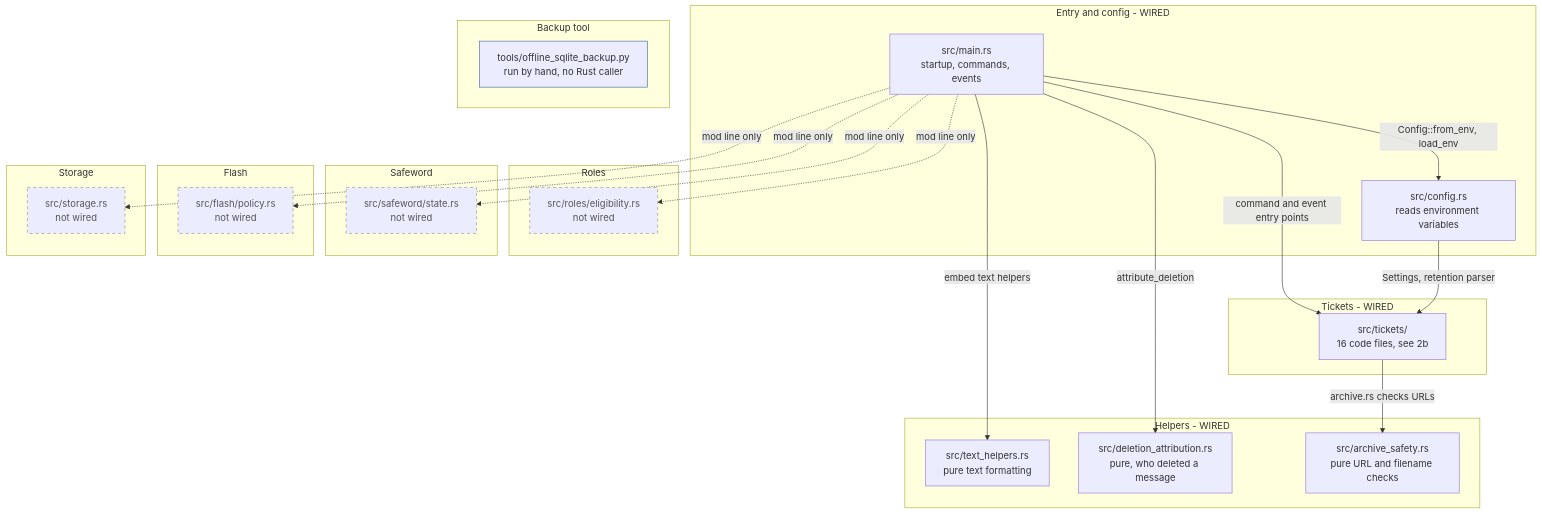
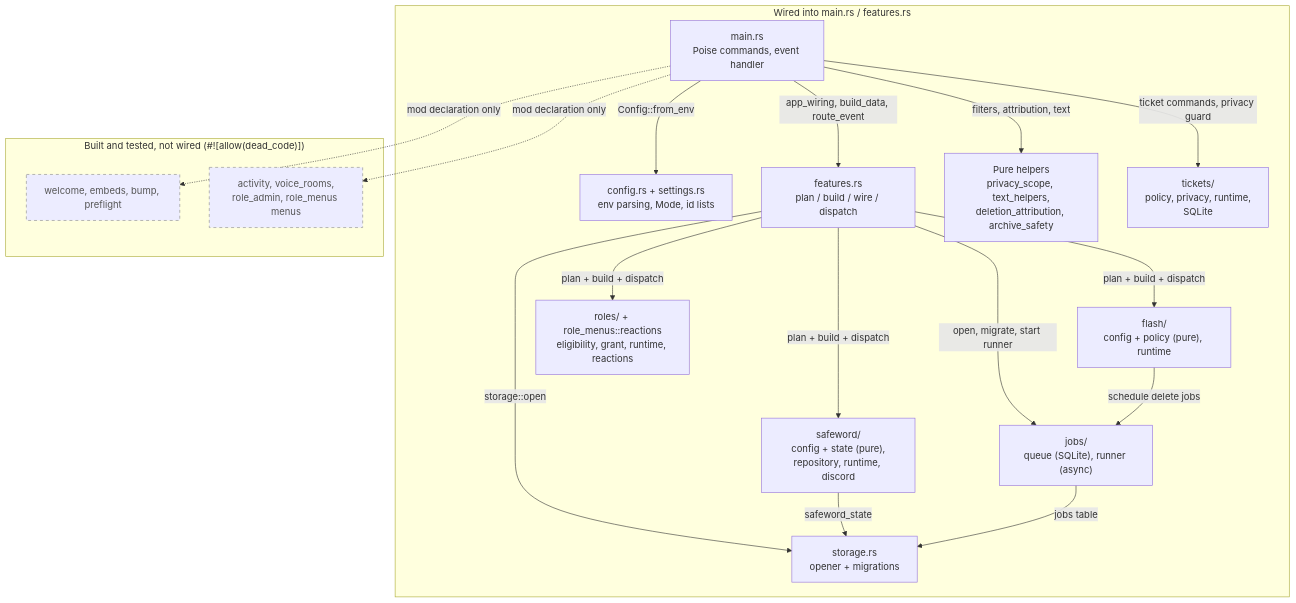
The first of 6 diagrams in docs/architecture.md (Kenoptic-Anosectia/Discord-Moderation-Hub), drawn with Mermaid before and after one commit. The commit also changed other lines of this file, not shown here.

First line of the commit message:
docs: refresh architecture.md with Mermaid diagrams that match main

````diff
--- a/docs/architecture.md
+++ b/docs/architecture.md
@@ -19,46 +48,37 @@
 ```mermaid
 flowchart TB
-  subgraph SG_MAIN["Entry and config - WIRED"]
-    main["src/main.rs<br/>startup, commands, events"]
-    config["src/config.rs<br/>reads environment variables"]
+  subgraph WIRED["Wired into main.rs / features.rs"]
+    main["main.rs<br/>Poise commands, event handler"]
+    cfg["config.rs + settings.rs<br/>env parsing, Mode, id lists"]
+    feat["features.rs<br/>plan / build / wire / dispatch"]
+    pure["Pure helpers<br/>privacy_scope, text_helpers,<br/>deletion_attribution, archive_safety"]
+    tick["tickets/<br/>policy, privacy, runtime,<br/>SQLite"]
+    flash["flash/<br/>config + policy (pure), runtime"]
+    sw["safeword/<br/>config + state (pure),<br/>repository, runtime, discord"]
+    roles["roles/ + role_menus::reactions<br/>eligibility, grant, runtime, reactions"]
+    jobs["jobs/<br/>queue (SQLite), runner (async)"]
+    store["storage.rs<br/>opener + migrations"]
   end
-  subgraph SG_TICKETS["Tickets - WIRED"]
-    tickets["src/tickets/<br/>16 code files, see 2b"]
-  end
-  subgraph SG_ROLES["Roles"]
-    elig["src/roles/eligibility.rs<br/>not wired"]
-  end
-  subgraph SG_SAFEWORD["Safeword"]
-    sw["src/safeword/state.rs<br/>not wired"]
-  end
-  subgraph SG_FLASH["Flash"]
-    flash["src/flash/policy.rs<br/>not wired"]
-  end
-  subgraph SG_STORAGE["Storage"]
-    storage["src/storage.rs<br/>not wired"]
-  end
-  subgraph SG_HELPERS["Helpers - WIRED"]
-    text["src/text_helpers.rs<br/>pure text formatting"]
-    del["src/deletion_attribution.rs<br/>pure, who deleted a message"]
-    safety["src/archive_safety.rs<br/>pure URL and filename checks"]
-  end
-  subgraph SG_BACKUP["Backup tool"]
-    backup["tools/offline_sqlite_backup.py<br/>run by hand, no Rust caller"]
+  subgraph UNWIRED["Built and tested, not wired (#![allow(dead_code)])"]
+    w1["welcome, embeds, bump, preflight"]
+    w2["activity, voice_rooms,<br/>role_admin, role_menus menus"]
   end
 
-  main -->|"Config::from_env, load_env"| config
-  main -->|"command and event entry points"| tickets
-  main -->|"embed text helpers"| text
-  main -->|"attribute_deletion"| del
-  config -->|"Settings, retention parser"| tickets
-  tickets -->|"archive.rs checks URLs"| safety
-  main -.->|"mod line only"| elig
-  main -.->|"mod line only"| sw
-  main -.->|"mod line only"| flash
-  main -.->|"mod line only"| storage
+  main -->|"Config::from_env"| cfg
+  main -->|"app_wiring, build_data, route_event"| feat
+  main -->|"ticket commands, privacy guard"| tick
+  main -->|"filters, attribution, text"| pure
+  feat -->|"plan + build + dispatch"| flash
+  feat -->|"plan + build + dispatch"| sw
+  feat -->|"plan + build + dispatch"| roles
+  feat -->|"open, migrate, start runner"| jobs
+  feat -->|"storage::open"| store
+  flash -->|"schedule delete jobs"| jobs
+  sw -->|"safeword_state"| store
+  jobs -->|"jobs table"| store
+  main -.->|"mod declaration only"| w1
+  main -.->|"mod declaration only"| w2
 
   classDef unwired stroke-dasharray: 5 5,stroke:#888888,color:#555555
-  classDef tool stroke:#336699
-  class elig,sw,flash,storage unwired
-  class backup tool
+  class w1,w2 unwired
 ```
````
